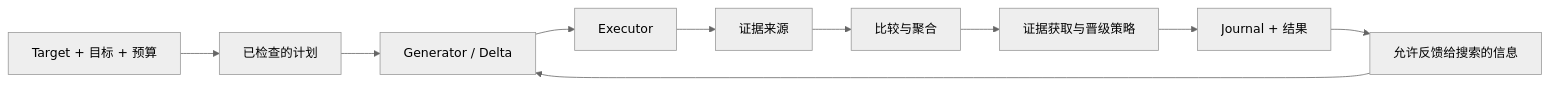
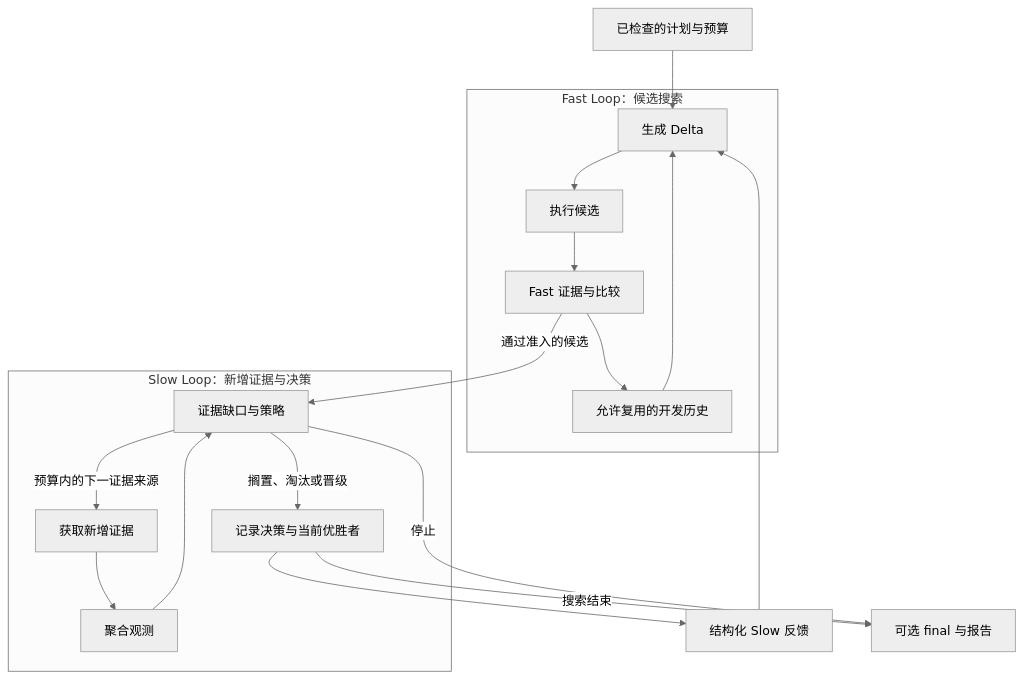
Before and after one commit to CZ-ZL/duo: the diagram in README.zh-CN.md, drawn with Mermaid (neutral theme). The commit also changed other lines of this file and 63 other files, not shown here.

````diff
--- a/README.zh-CN.md
+++ b/README.zh-CN.md
@@ -70,12 +74,21 @@
 ```mermaid
-flowchart LR
-    T[Target + 目标 + 预算] --> P[已检查的计划]
-    P --> G[Generator / Delta]
-    G --> X[Executor]
-    X --> E[证据来源]
-    E --> C[比较与聚合]
-    C --> S[证据获取与晋级策略]
-    S --> J[Journal + 结果]
-    J --> F[允许反馈给搜索的信息]
-    F --> G
+flowchart TD
+    P[已检查的计划与预算] --> G
+    subgraph FAST[Fast Loop：候选搜索]
+        G[生成 Delta] --> X[执行候选]
+        X --> F[Fast 证据与比较]
+        F --> H[允许复用的开发历史]
+        H --> G
+    end
+    F -->|通过准入的候选| Q
+    subgraph SLOW[Slow Loop：新增证据与决策]
+        Q[证据缺口与策略] -->|预算内的下一证据来源| E[获取新增证据]
+        E --> A[聚合观测]
+        A --> Q
+        Q -->|搁置、淘汰或晋级| D[记录决策与当前优胜者]
+    end
+    D --> B[结构化 Slow 反馈]
+    B --> G
+    D -->|搜索结束| R[可选 final 与报告]
+    Q -->|停止| R
 ```
````
